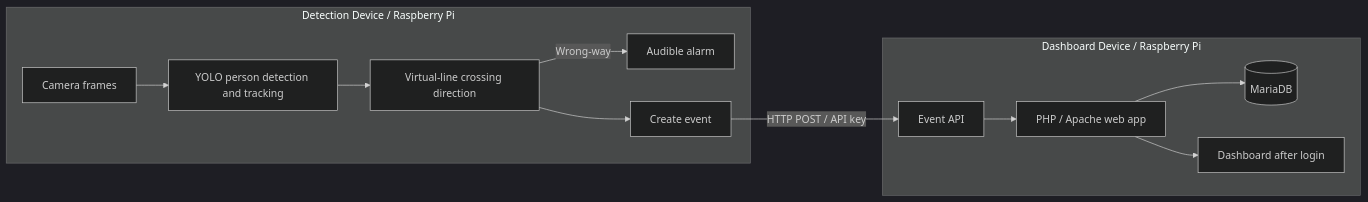
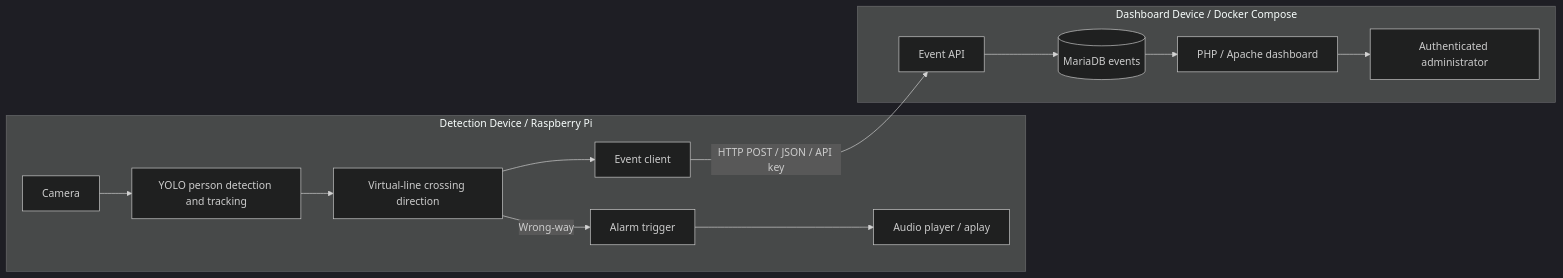
The diagram in README.en.md (TatsuyaTakigawa/SafeStepAI), drawn with Mermaid (dark theme) before and after one commit. The commit also changed other lines of this file and 1 other file, not shown here.

````diff
--- a/README.en.md
+++ b/README.en.md
@@ -33,17 +33,18 @@
 ```mermaid
 flowchart LR
-    subgraph DETECT[Detection Device / Raspberry Pi]
-        CAM[Camera frames] --> PERSON[YOLO person detection and tracking]
-        PERSON --> DIR[Virtual-line crossing direction]
-        DIR -->|Wrong-way| ALARM[Audible alarm]
-        DIR --> EVENT[Create event]
+    subgraph EDGE[Detection Device / Raspberry Pi]
+        CAM[Camera] --> DET[YOLO person detection and tracking]
+        DET --> DIR[Virtual-line crossing direction]
+        DIR -->|Wrong-way| TRIGGER[Alarm trigger]
+        TRIGGER --> PLAYER[Audio player / aplay]
+        DIR --> CLIENT[Event client]
     end
 
-    EVENT -->|HTTP POST / API key| API[Event API]
+    CLIENT -->|HTTP POST / JSON / API key| API[Event API]
 
-    subgraph SERVER[Dashboard Device / Raspberry Pi]
-        API --> WEB[PHP / Apache web app]
-        WEB --> DB[(MariaDB)]
-        WEB --> DASH[Dashboard after login]
+    subgraph SERVER[Dashboard Device / Docker Compose]
+        API --> DB[(MariaDB events)]
+        DB --> WEB[PHP / Apache dashboard]
+        WEB --> ADMIN[Authenticated administrator]
     end
 ```
````
